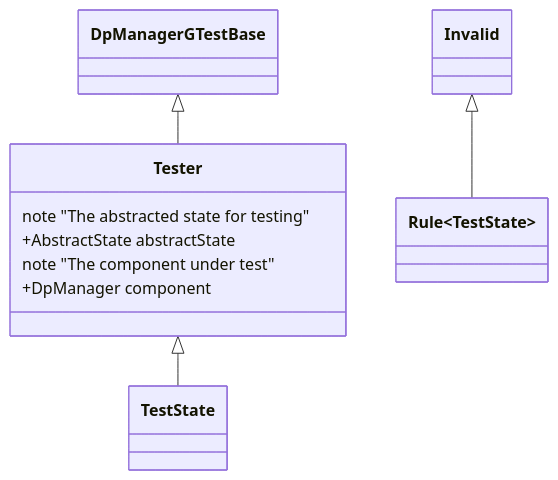
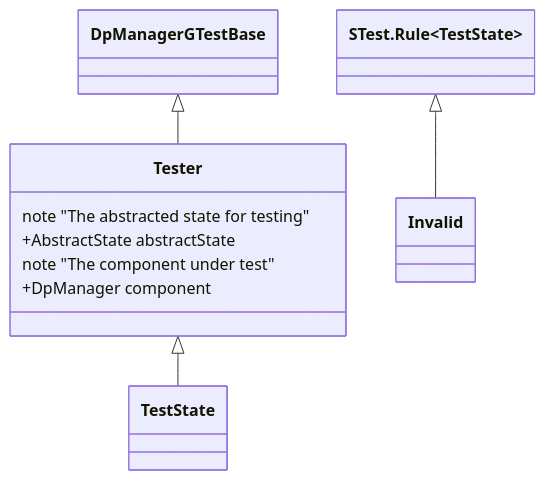
The diagram in Svc/DpManager/test/ut/README.md (bocchino/fprime), drawn with Mermaid before and after one commit.

Commit message:
Revise Mermaid diagram

````diff
--- a/Svc/DpManager/test/ut/README.md
+++ b/Svc/DpManager/test/ut/README.md
@@ -5,12 +5,12 @@
 ```mermaid
 classDiagram
     DpManagerGTestBase <|-- Tester
     Tester <|-- TestState
-    Invalid <|-- Rule~TestState~
+    STest.Rule~TestState~ <|-- Invalid
     class Tester {
         note "The abstracted state for testing"
         +AbstractState abstractState
         note "The component under test"
         +DpManager component
     }
 ```
````
